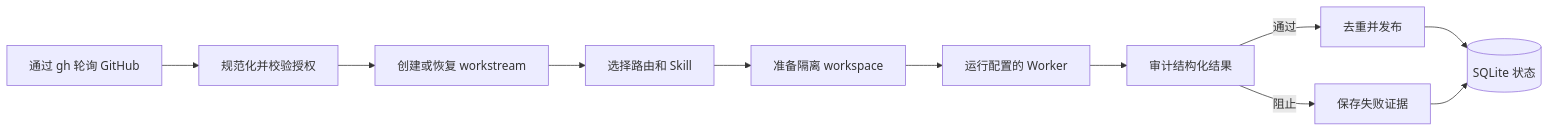
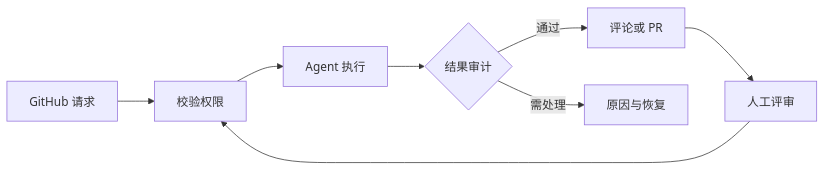
One commit to wklken/Robert changed the diagram in README.md. Above: the diagram before and after it, drawn with Mermaid. The commit also changed other lines of this file and 15 other files, not shown here.

````diff
--- a/README.md
+++ b/README.md
@@ -50,13 +51,10 @@
 ```mermaid
 flowchart LR
-    A[通过 gh 轮询 GitHub] --> B[规范化并校验授权]
-    B --> C[创建或恢复 workstream]
-    C --> D[选择路由和 Skill]
-    D --> E[准备隔离 workspace]
-    E --> F[运行配置的 Worker]
-    F --> G[审计结构化结果]
-    G -->|通过| H[去重并发布]
-    G -->|阻止| I[保存失败证据]
-    H --> J[(SQLite 状态)]
-    I --> J
+    A[GitHub 请求] --> B[校验权限]
+    B --> C[Agent 执行]
+    C --> D{结果审计}
+    D -->|通过| E[评论或 PR]
+    D -->|需处理| F[原因与恢复]
+    E --> G[人工评审]
+    G --> B
 ```
````
